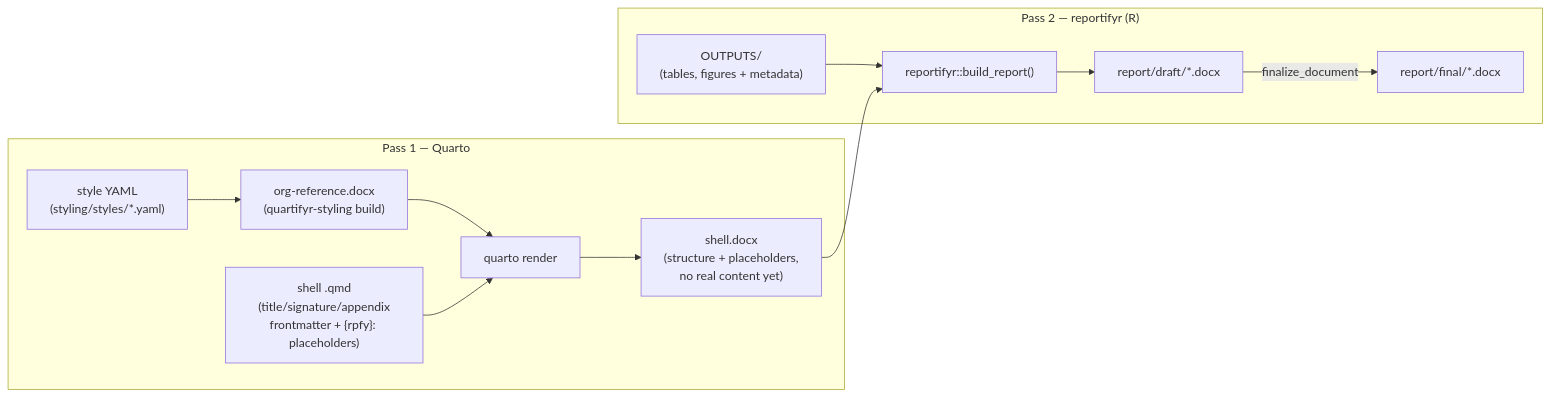
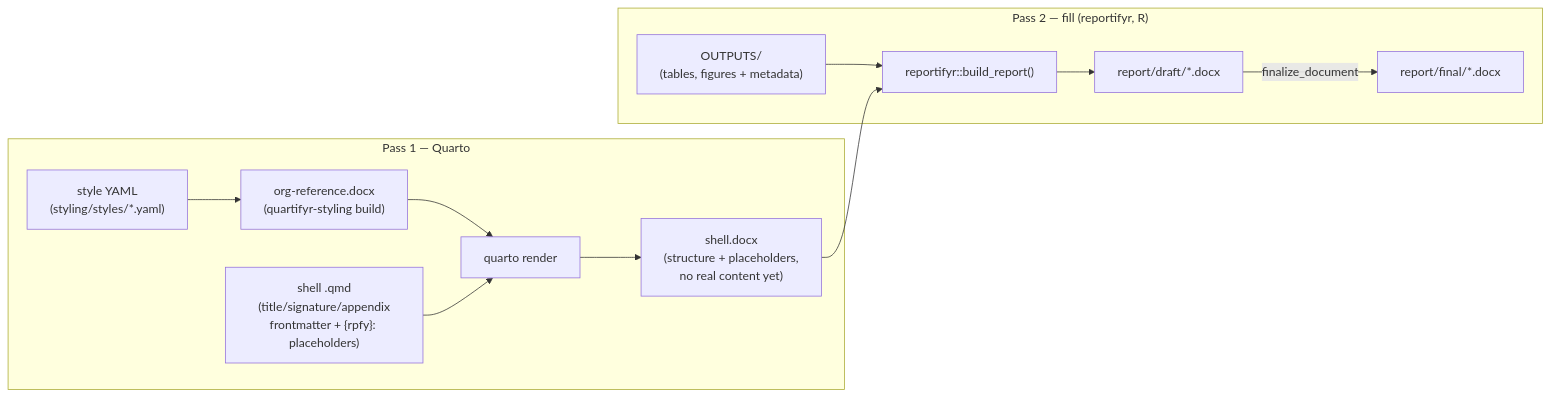
One commit to jprybylski/quartifyr changed the diagram in README.md. Above: the diagram before and after it, drawn with Mermaid. The commit also changed other lines of this file and 21 other files, not shown here.

````diff
--- a/README.md
+++ b/README.md
@@ -31,16 +36,16 @@
 ```mermaid
 flowchart LR
     subgraph Pass1["Pass 1 — Quarto"]
         yaml["style YAML\n(styling/styles/*.yaml)"] --> refdoc["org-reference.docx\n(quartifyr-styling build)"]
         qmd["shell .qmd\n(title/signature/appendix\nfrontmatter + {rpfy}: placeholders)"]
         refdoc --> render["quarto render"]
         qmd --> render
         render --> shell["shell.docx\n(structure + placeholders,\nno real content yet)"]
     end
-    subgraph Pass2["Pass 2 — reportifyr (R)"]
+    subgraph Pass2["Pass 2 — fill (reportifyr, R)"]
         outputs["OUTPUTS/\n(tables, figures + metadata)"] --> fill["reportifyr::build_report()"]
         shell --> fill
         fill --> draft["report/draft/*.docx"]
         draft -->|finalize_document| final["report/final/*.docx"]
     end
 ```
````
